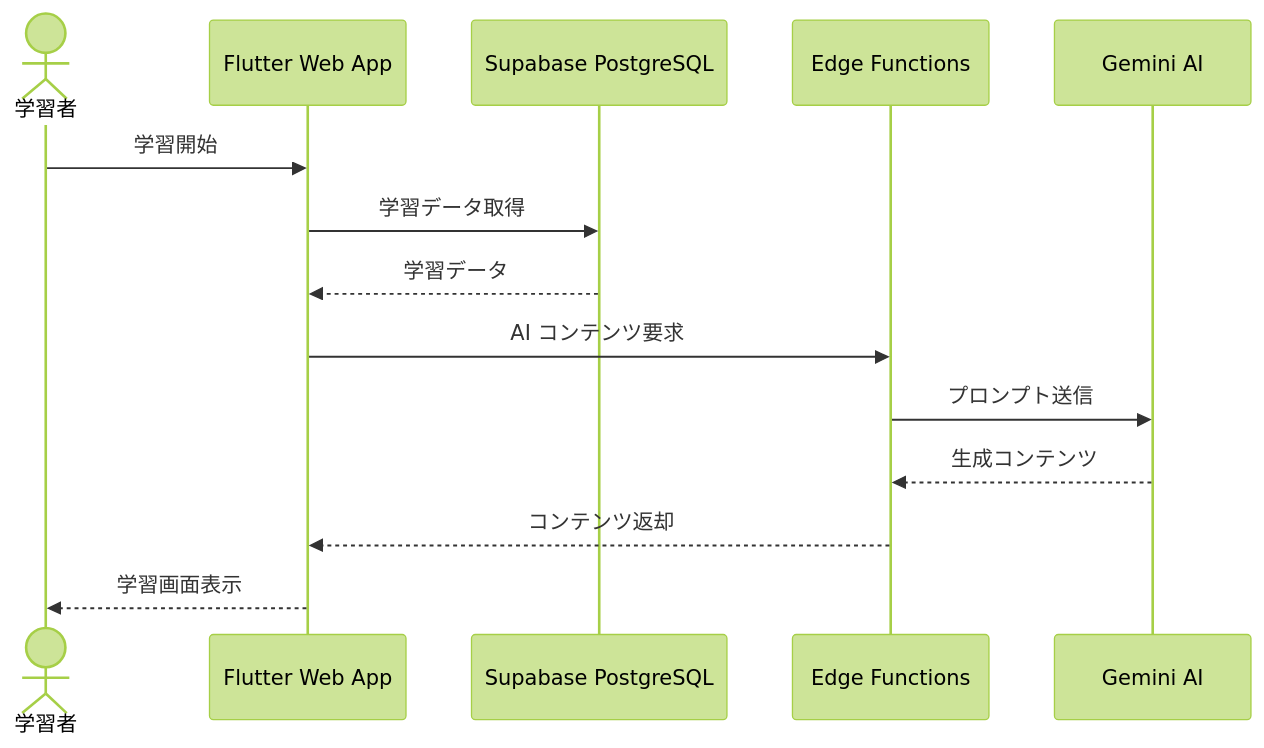
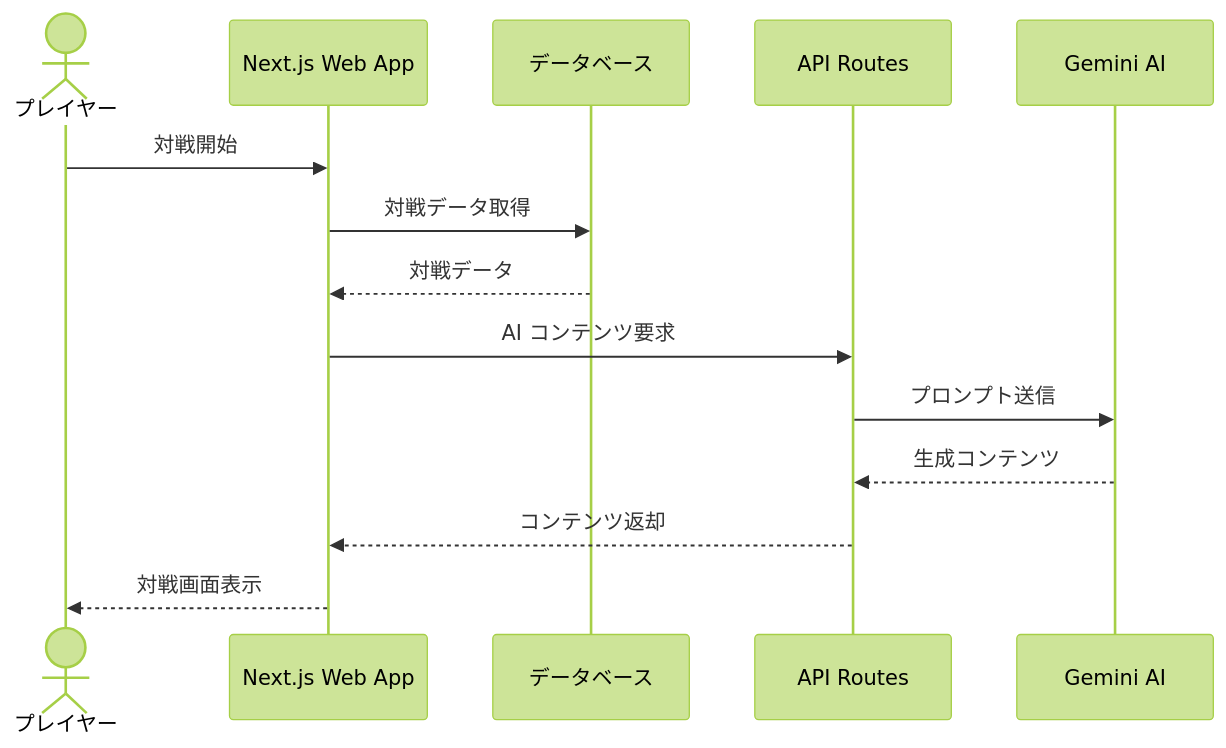
The fifth of 9 diagrams in .claude/skills/system-designer/references/mermaid-c4-patterns.md (buddypia/kaiju-voice), drawn with Mermaid (forest theme) before and after one commit. The commit also changed other lines of this file and 353 other files, not shown here.

````diff
--- a/.claude/skills/system-designer/references/mermaid-c4-patterns.md
+++ b/.claude/skills/system-designer/references/mermaid-c4-patterns.md
@@ -147,17 +147,17 @@
 ```mermaid
 sequenceDiagram
-  actor User as 学習者
-  participant App as Flutter Web App
-  participant DB as Supabase PostgreSQL
-  participant EF as Edge Functions
+  actor User as プレイヤー
+  participant App as Next.js Web App
+  participant DB as データベース
+  participant EF as API Routes
   participant AI as Gemini AI
 
-  User->>App: 学習開始
-  App->>DB: 学習データ取得
-  DB-->>App: 学習データ
+  User->>App: 対戦開始
+  App->>DB: 対戦データ取得
+  DB-->>App: 対戦データ
   App->>EF: AI コンテンツ要求
   EF->>AI: プロンプト送信
   AI-->>EF: 生成コンテンツ
   EF-->>App: コンテンツ返却
-  App-->>User: 学習画面表示
+  App-->>User: 対戦画面表示
 ```
````
